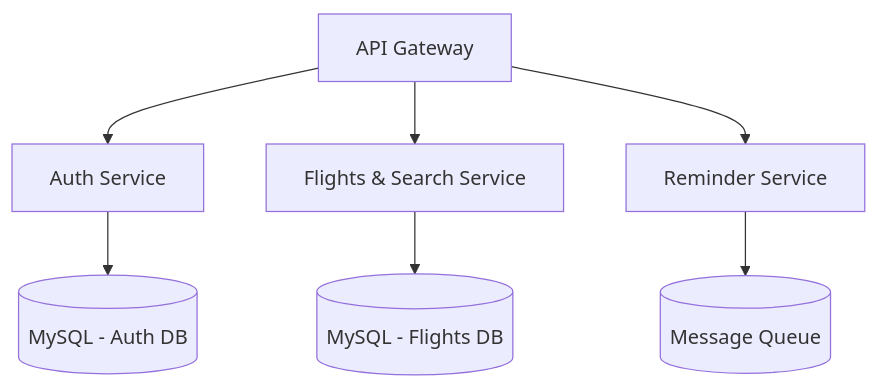
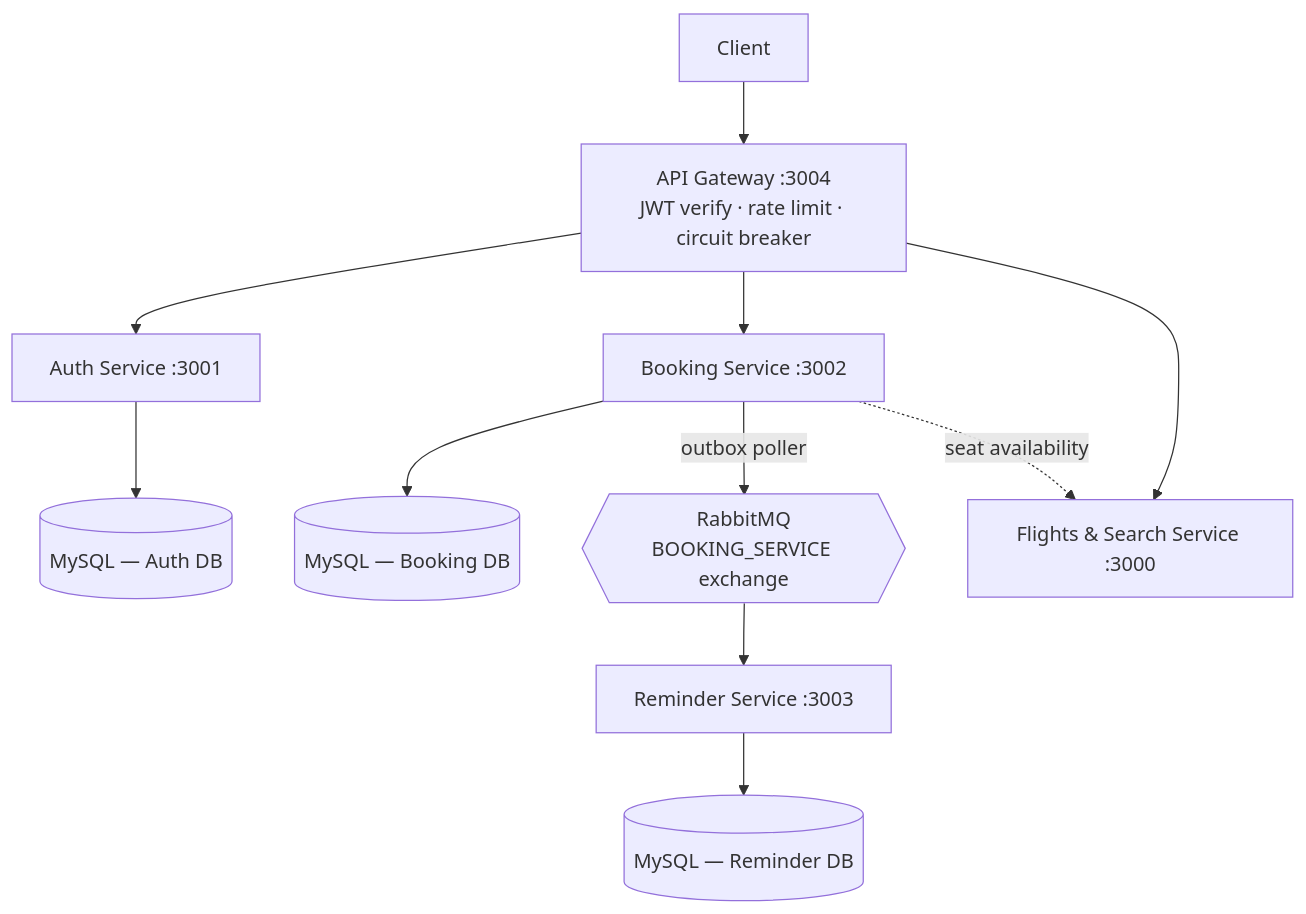
One commit to Rohit-hub-coder/airline-reservation-system changed the first of 3 diagrams in README.md. Above: the diagram before and after it, drawn with Mermaid. The commit also changed other lines of this file, not shown here.

````diff
--- a/README.md
+++ b/README.md
@@ -7,9 +48,24 @@
 ```mermaid
 graph TD
-    A[API Gateway] --> B[Auth Service]
-    A --> C[Flights & Search Service]
-    A --> D[Reminder Service]
-    B --> E[(MySQL - Auth DB)]
-    C --> F[(MySQL - Flights DB)]
-    D --> G[(Message Queue)]
+    Client[Client]
+    GW["API Gateway :3004<br/>JWT verify · rate limit · circuit breaker"]
+    Auth["Auth Service :3001"]
+    Booking["Booking Service :3002"]
+    Flights["Flights & Search Service :3000"]
+    Reminder["Reminder Service :3003"]
+    AuthDB[(MySQL — Auth DB)]
+    BookingDB[(MySQL — Booking DB)]
+    ReminderDB[(MySQL — Reminder DB)]
+    MQ{{RabbitMQ<br/>BOOKING_SERVICE exchange}}
+
+    Client --> GW
+    GW --> Auth
+    GW --> Booking
+    GW --> Flights
+    Auth --> AuthDB
+    Booking --> BookingDB
+    Booking -->|outbox poller| MQ
+    Booking -.->|seat availability| Flights
+    MQ --> Reminder
+    Reminder --> ReminderDB
 ```
````
